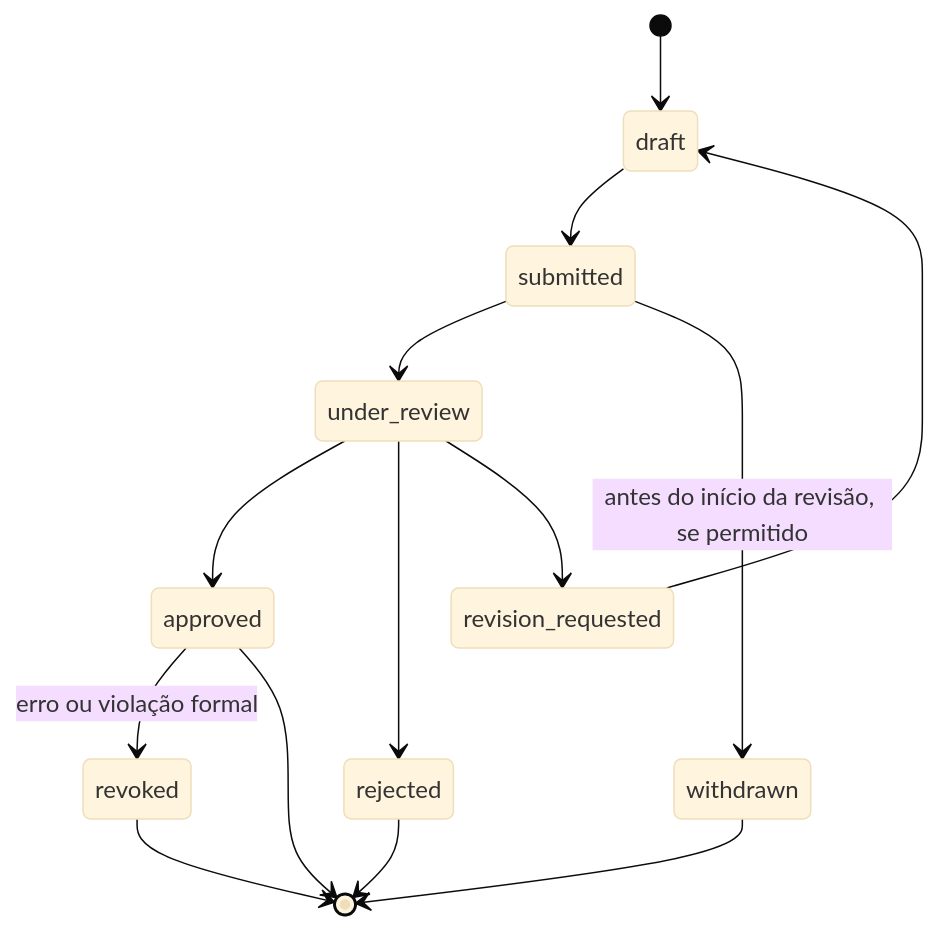
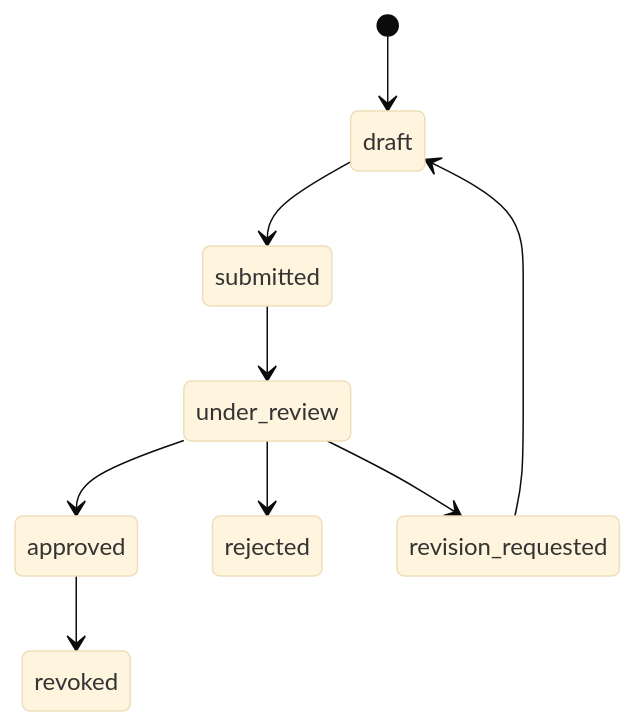
One commit to pablo-marchina/LMS-estimulo changed the eighth of 10 diagrams in docs/domain/LIFECYCLES_AND_STATE_MACHINES.md. Above: the diagram before and after it, drawn with Mermaid (base theme). The commit also changed other lines of this file and 23 other files, not shown here.

````diff
--- a/docs/domain/LIFECYCLES_AND_STATE_MACHINES.md
+++ b/docs/domain/LIFECYCLES_AND_STATE_MACHINES.md
@@ -202,16 +132,11 @@
 ```mermaid
 stateDiagram-v2
     [*] --> draft
     draft --> submitted
     submitted --> under_review
-    submitted --> withdrawn: antes do início da revisão, se permitido
     under_review --> approved
     under_review --> rejected
     under_review --> revision_requested
     revision_requested --> draft
-    approved --> revoked: erro ou violação formal
-    rejected --> [*]
-    withdrawn --> [*]
-    approved --> [*]
-    revoked --> [*]
+    approved --> revoked
 ```
````
